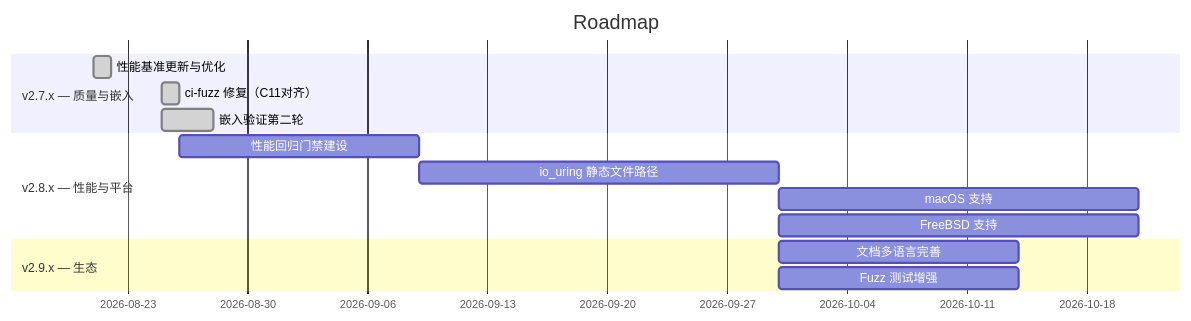
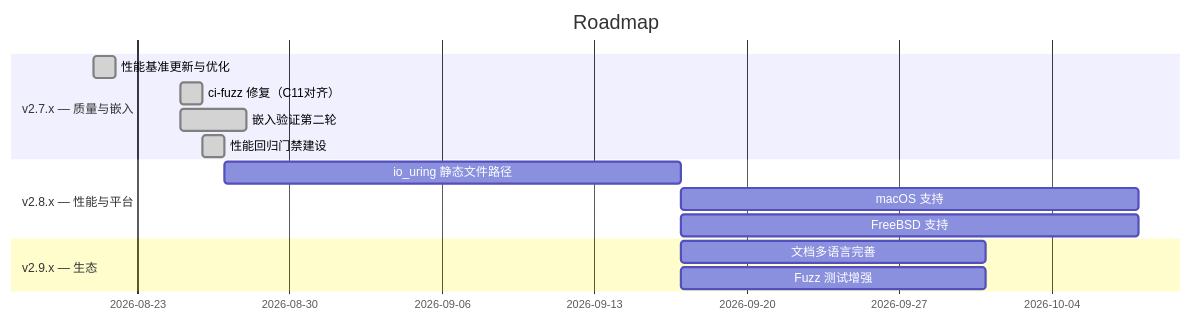
The diagram in brain/roadmap.md (adam-ikari/uvhttp), drawn with Mermaid before and after one commit. The commit also changed other lines of this file and 3 other files, not shown here.

Commit message:
brain: v2.7.1 release record, v2.7.x roadmap completions, router cache parity decision

````diff
--- a/brain/roadmap.md
+++ b/brain/roadmap.md
@@ -12,17 +12,17 @@
 ```mermaid
 gantt
   title Roadmap
   dateFormat YYYY-MM-DD
   section v2.7.x — 质量与嵌入
   性能基准更新与优化        :done, b1, 2026-08-21, 1d
   ci-fuzz 修复（C11对齐）  :done, b1b, 2026-08-25, 1d
   嵌入验证第二轮            :done, a3, 2026-08-25, 3d
+  性能回归门禁建设          :done, b0, 2026-08-26, 1d
   section v2.8.x — 性能与平台
-  性能回归门禁建设          :b0, after b1b, 14d
   io_uring 静态文件路径     :b2, after b0, 21d
   macOS 支持               :c2, after b2, 21d
   FreeBSD 支持             :c3, after b2, 21d
   section v2.9.x — 生态
   文档多语言完善            :c1, after b2, 14d
   Fuzz 测试增强            :c4, after b2, 14d
 ```
````
